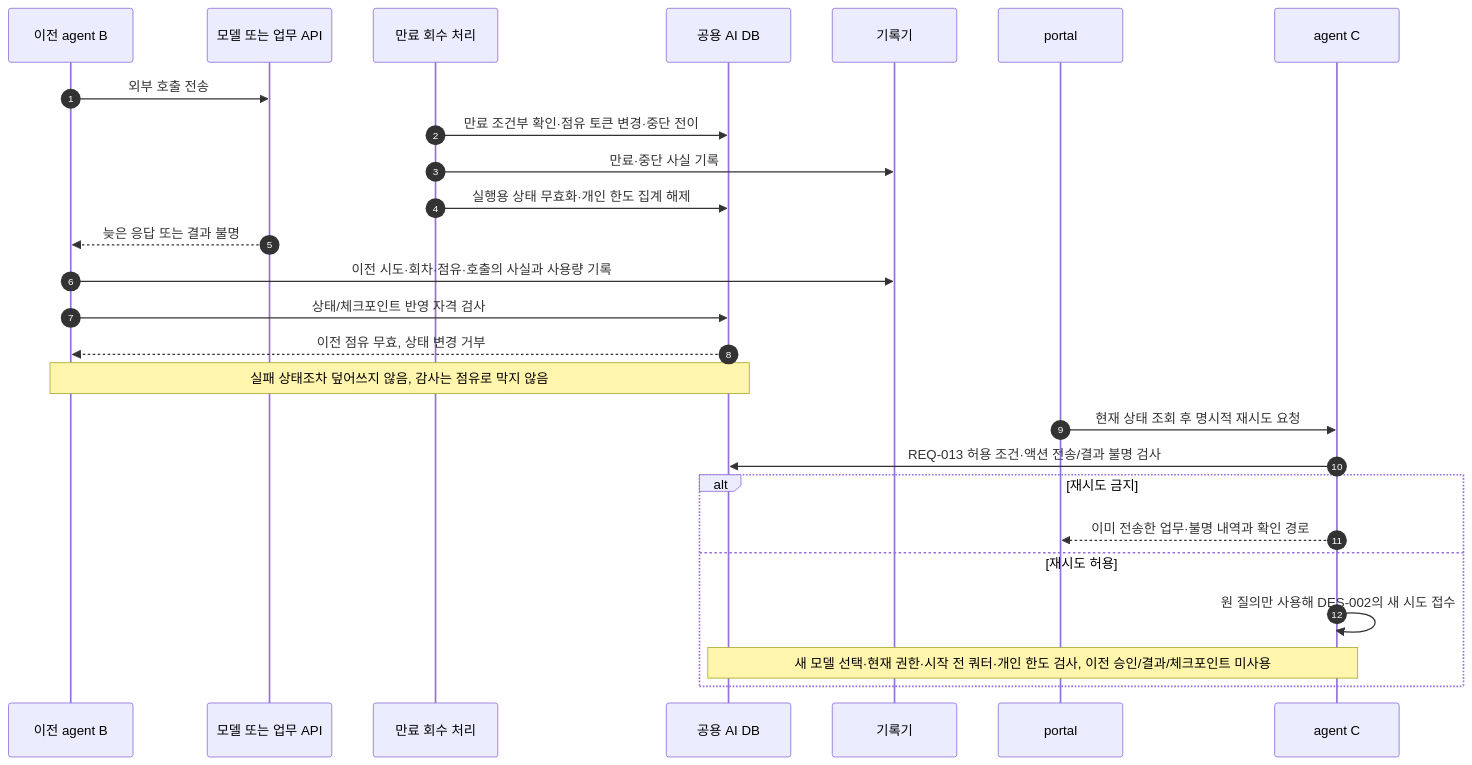
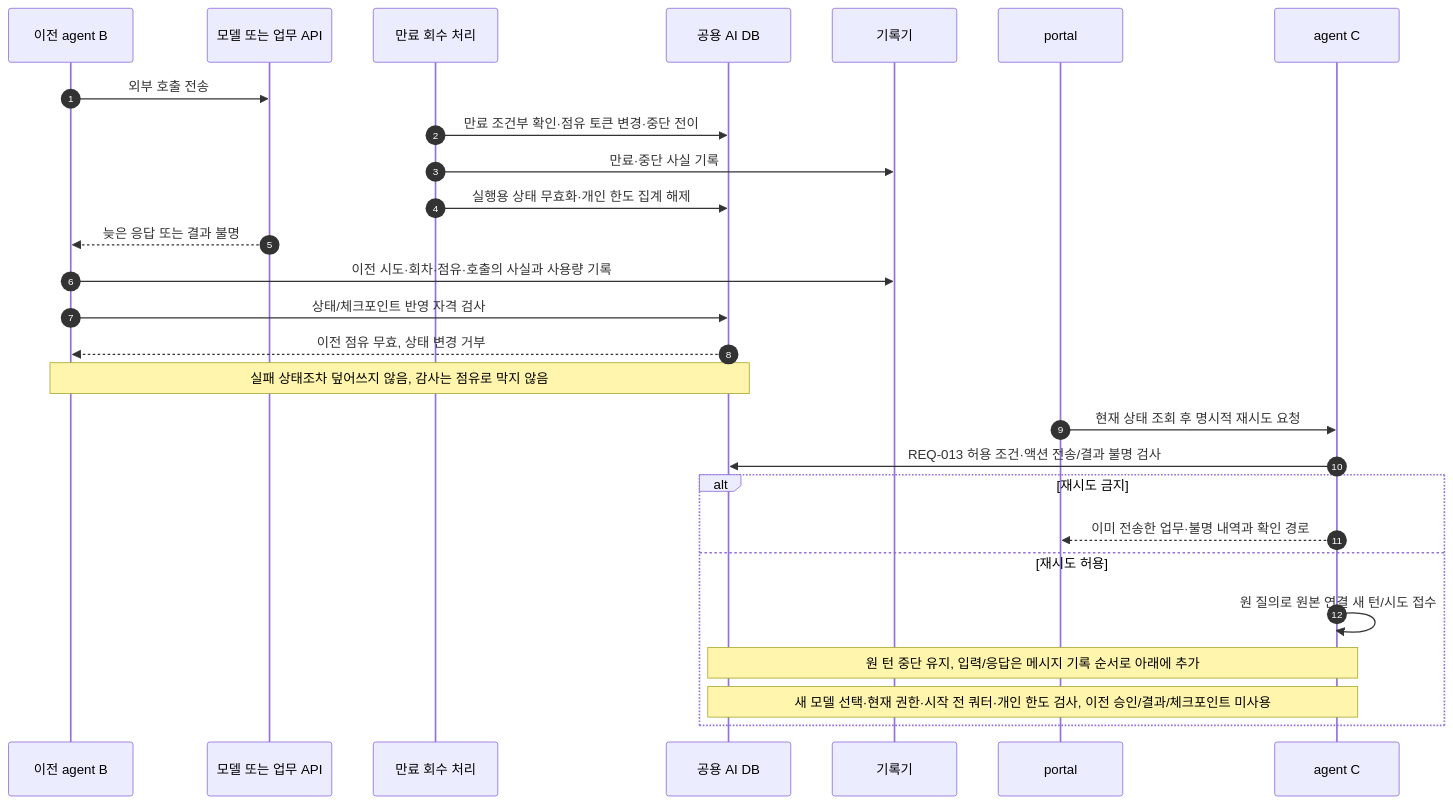
Before and after one commit to choijoobok/ai-agent: the third of 3 diagrams in documents/design/agent-lifecycle-sequences.md, drawn with Mermaid. The commit also changed other lines of this file and 17 other files, not shown here.

````diff
--- a/documents/design/agent-lifecycle-sequences.md
+++ b/documents/design/agent-lifecycle-sequences.md
@@ -166,28 +166,29 @@
 ```mermaid
 sequenceDiagram
     autonumber
     participant B as 이전 agent B
     participant L as 모델 또는 업무 API
     participant S as 만료 회수 처리
     participant D as 공용 AI DB
     participant H as 기록기
     participant P as portal
     participant C as agent C
     B->>L: 외부 호출 전송
     S->>D: 만료 조건부 확인·점유 토큰 변경·중단 전이
     S->>H: 만료·중단 사실 기록
     S->>D: 실행용 상태 무효화·개인 한도 집계 해제
     L-->>B: 늦은 응답 또는 결과 불명
     B->>H: 이전 시도·회차·점유·호출의 사실과 사용량 기록
     B->>D: 상태/체크포인트 반영 자격 검사
     D-->>B: 이전 점유 무효, 상태 변경 거부
     Note over B,D: 실패 상태조차 덮어쓰지 않음, 감사는 점유로 막지 않음
     P->>C: 현재 상태 조회 후 명시적 재시도 요청
     C->>D: REQ-013 허용 조건·액션 전송/결과 불명 검사
     alt 재시도 금지
         C-->>P: 이미 전송한 업무·불명 내역과 확인 경로
     else 재시도 허용
-        C->>C: 원 질의만 사용해 DES-002의 새 시도 접수
+        C->>C: 원 질의로 원본 연결 새 턴/시도 접수
+        Note over C,D: 원 턴 중단 유지, 입력/응답은 메시지 기록 순서로 아래에 추가
         Note over C,D: 새 모델 선택·현재 권한·시작 전 쿼터·개인 한도 검사, 이전 승인/결과/체크포인트 미사용
     end
 ```
````
